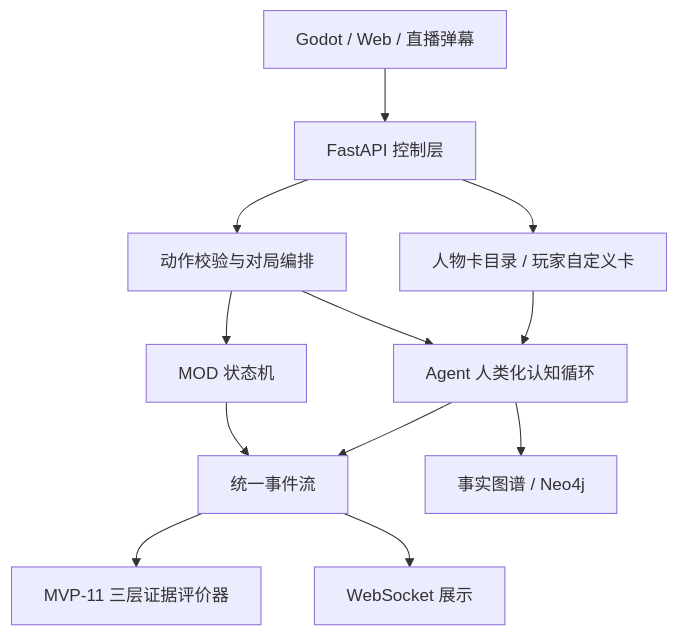
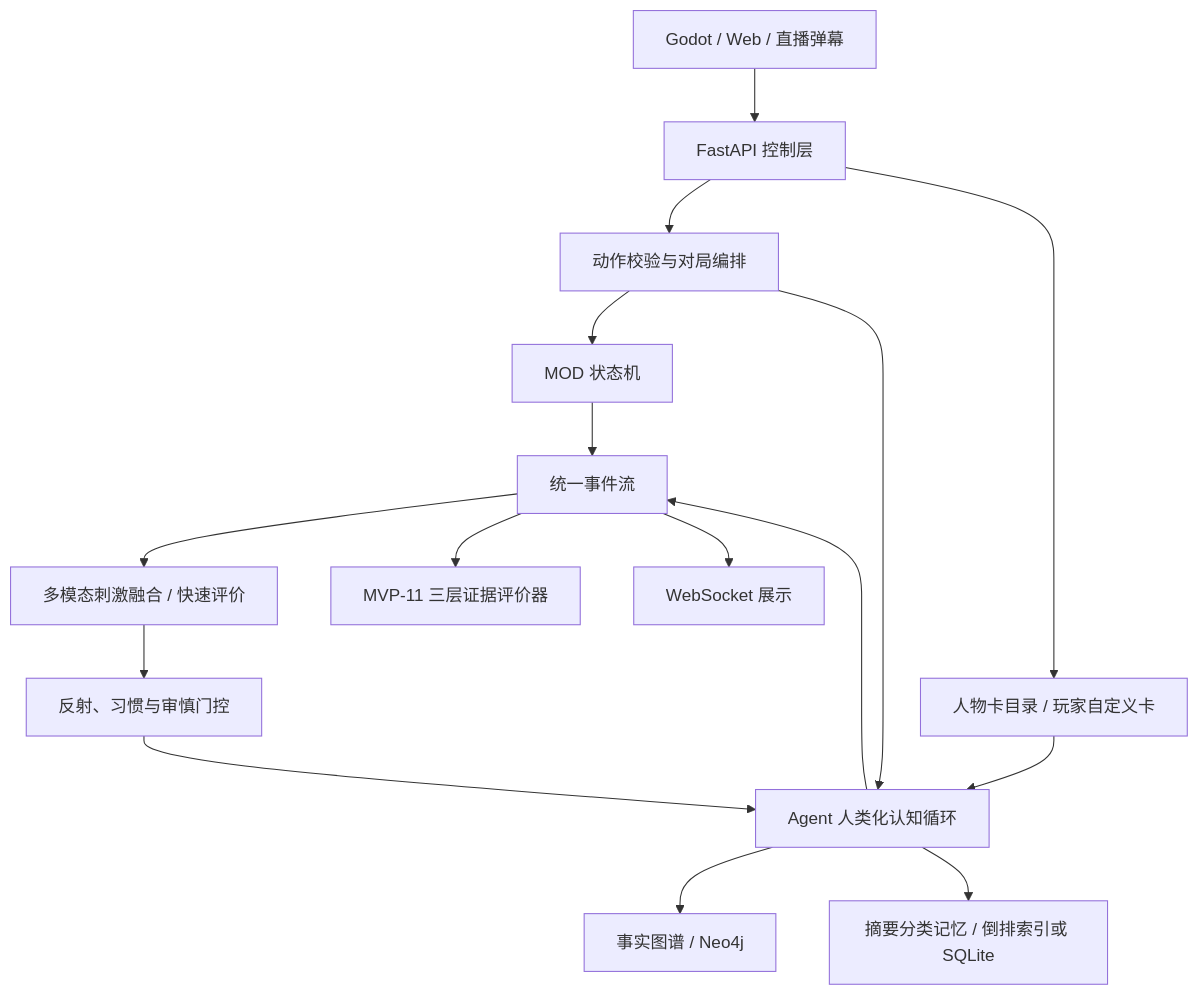
Before and after one commit to vrwanderers/human-vs-agent-engine: the diagram in docs/ARCHITECTURE.md, drawn with Mermaid. The commit also changed other lines of this file and 60 other files, not shown here.

````diff
--- a/docs/ARCHITECTURE.md
+++ b/docs/ARCHITECTURE.md
@@ -5,14 +5,18 @@
 ```mermaid
 flowchart TD
   A[Godot / Web / 直播弹幕] --> B[FastAPI 控制层]
   B --> C[动作校验与对局编排]
   B --> J[人物卡目录 / 玩家自定义卡]
   J --> E
   C --> D[MOD 状态机]
   C --> E[Agent 人类化认知循环]
+  F --> L[多模态刺激融合 / 快速评价]
+  L --> M[反射、习惯与审慎门控]
+  M --> E
   D --> F[统一事件流]
   E --> F
   E --> I[事实图谱 / Neo4j]
+  E --> K[摘要分类记忆 / 倒排索引或 SQLite]
   F --> G[MVP-11 三层证据评价器]
   F --> H[WebSocket 展示]
 ```
````
